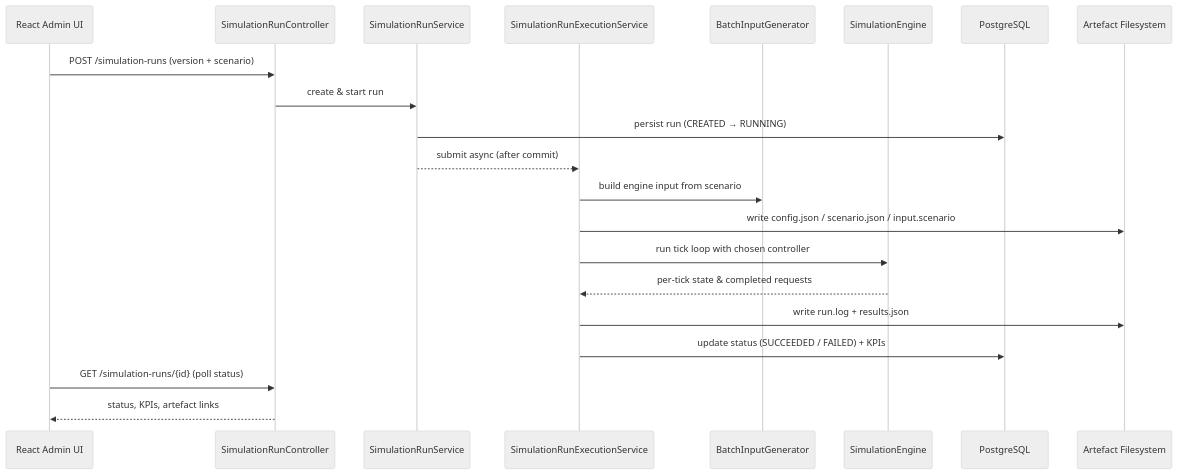
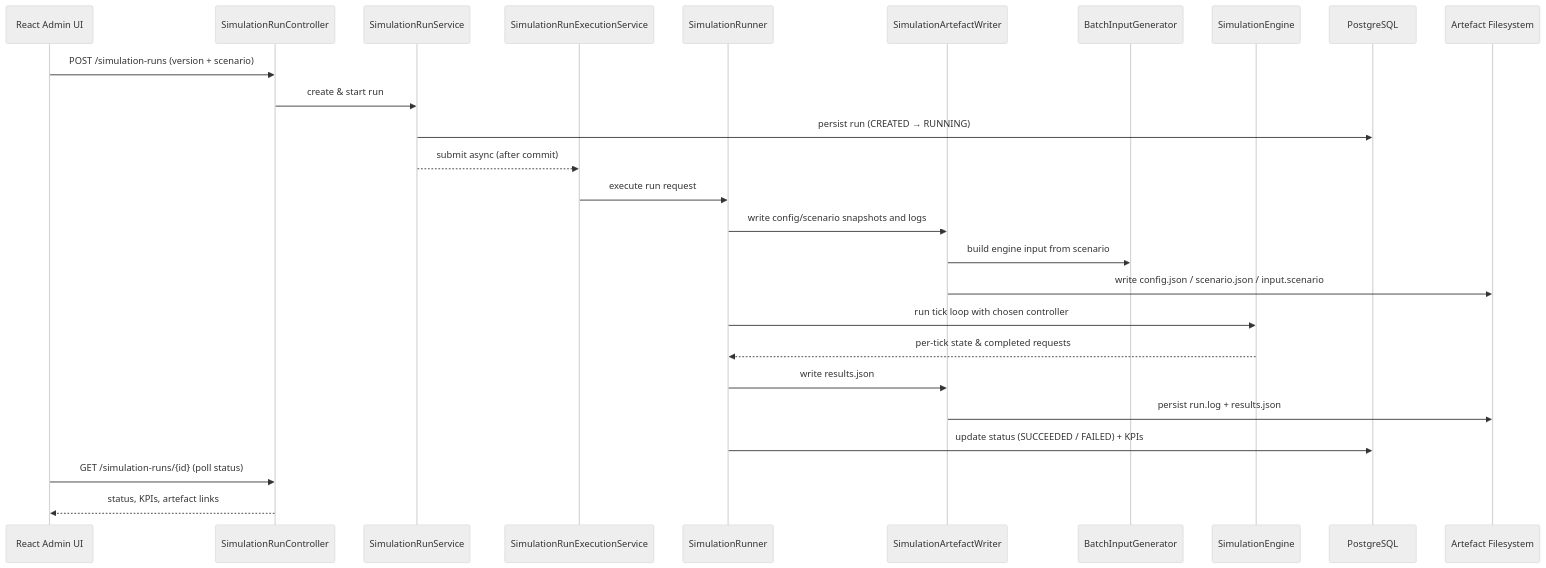
The second of 2 diagrams in docs/architecture.md (manoj-bhaskaran/lift-simulator), drawn with Mermaid (neutral theme) before and after one commit. The commit also changed other lines of this file and 11 other files, not shown here.

Commit message:
refactor(admin): split simulation run execution responsibilities

````diff
--- a/docs/architecture.md
+++ b/docs/architecture.md
@@ -165,24 +167,29 @@
 ```mermaid
 sequenceDiagram
     participant UI as React Admin UI
     participant API as SimulationRunController
     participant Run as SimulationRunService
     participant Exec as SimulationRunExecutionService
+    participant Runner as SimulationRunner
+    participant Writer as SimulationArtefactWriter
     participant Gen as BatchInputGenerator
     participant Eng as SimulationEngine
     participant DB as PostgreSQL
     participant FS as Artefact Filesystem
 
     UI->>API: POST /simulation-runs (version + scenario)
     API->>Run: create & start run
     Run->>DB: persist run (CREATED → RUNNING)
     Run-->>Exec: submit async (after commit)
-    Exec->>Gen: build engine input from scenario
-    Exec->>FS: write config.json / scenario.json / input.scenario
-    Exec->>Eng: run tick loop with chosen controller
-    Eng-->>Exec: per-tick state & completed requests
-    Exec->>FS: write run.log + results.json
-    Exec->>DB: update status (SUCCEEDED / FAILED) + KPIs
+    Exec->>Runner: execute run request
+    Runner->>Writer: write config/scenario snapshots and logs
+    Writer->>Gen: build engine input from scenario
+    Writer->>FS: write config.json / scenario.json / input.scenario
+    Runner->>Eng: run tick loop with chosen controller
+    Eng-->>Runner: per-tick state & completed requests
+    Runner->>Writer: write results.json
+    Writer->>FS: persist run.log + results.json
+    Runner->>DB: update status (SUCCEEDED / FAILED) + KPIs
     UI->>API: GET /simulation-runs/{id} (poll status)
     API-->>UI: status, KPIs, artefact links
 ```
````
